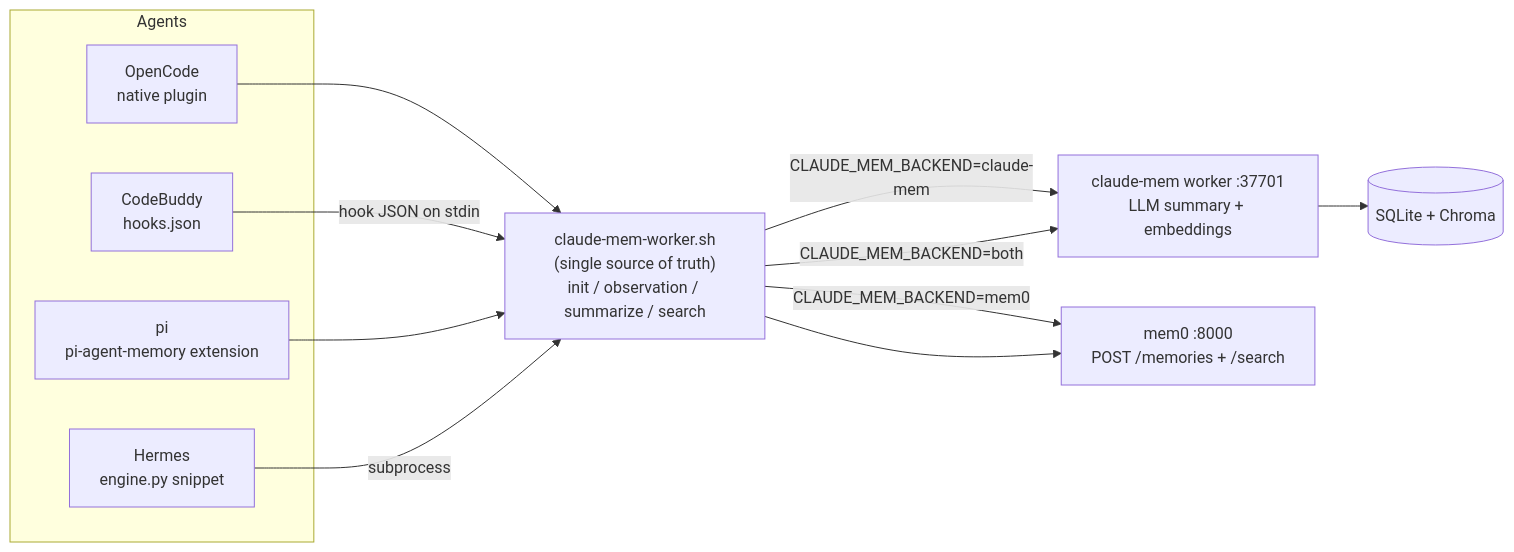
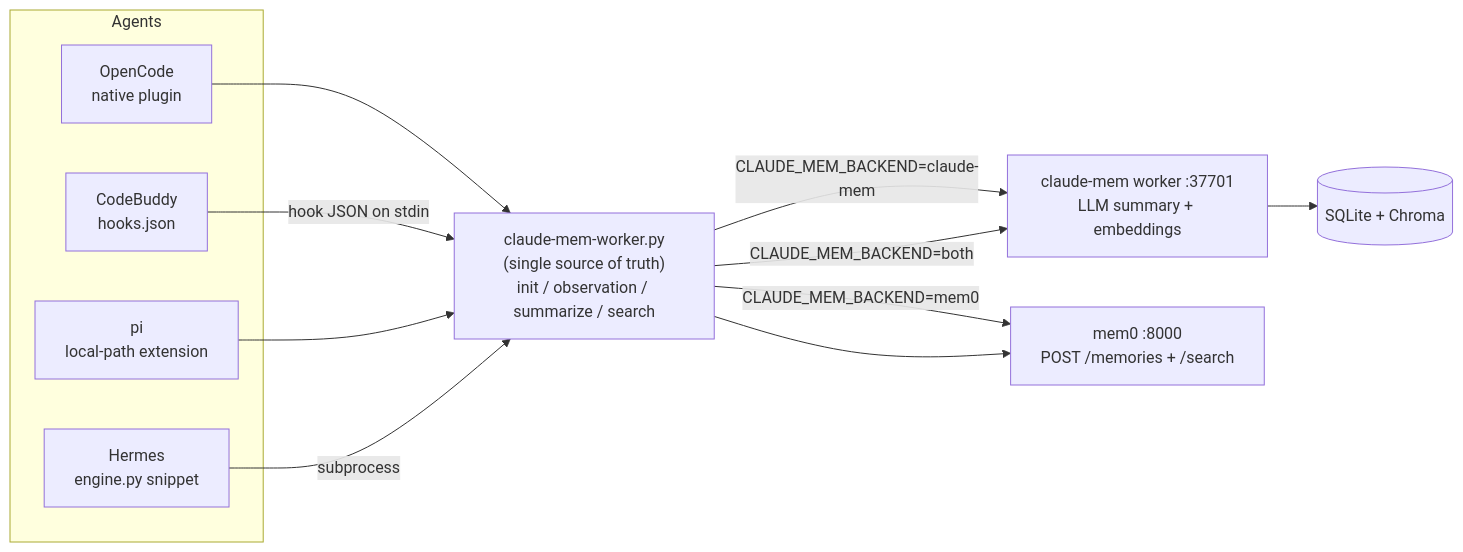
One commit to camplus360/agent-memory-bridge changed the diagram in README.md. Above: the diagram before and after it, drawn with Mermaid. The commit also changed other lines of this file and 30 other files, not shown here.

````diff
--- a/README.md
+++ b/README.md
@@ -34,23 +34,23 @@
 ```mermaid
 flowchart LR
     subgraph Agents
         OC[OpenCode<br/>native plugin]
         CB[CodeBuddy<br/>hooks.json]
-        PI[pi<br/>pi-agent-memory extension]
+        PI[pi<br/>local-path extension]
         HM[Hermes<br/>engine.py snippet]
     end
 
     OC --> W
     CB -->|hook JSON on stdin| W
     PI --> W
     HM -->|subprocess| W
 
-    W["claude-mem-worker.sh<br/>(single source of truth)<br/>init / observation / summarize / search"]
+    W["claude-mem-worker.py<br/>(single source of truth)<br/>init / observation / summarize / search"]
 
     W -->|CLAUDE_MEM_BACKEND=claude-mem| CM["claude-mem worker :37701<br/>LLM summary + embeddings"]
     W -->|CLAUDE_MEM_BACKEND=mem0| M0["mem0 :8000<br/>POST /memories + /search"]
     W -->|CLAUDE_MEM_BACKEND=both| CM
     W --> M0
 
     CM --> DB[("SQLite + Chroma")]
 ```
````
